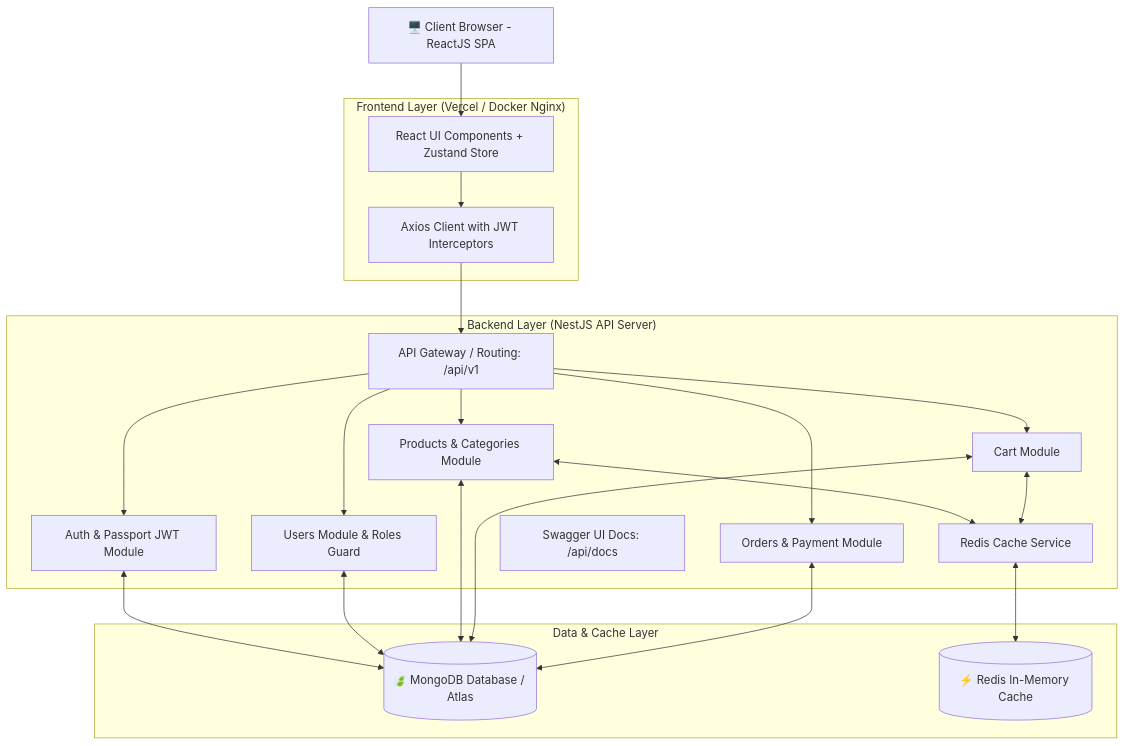
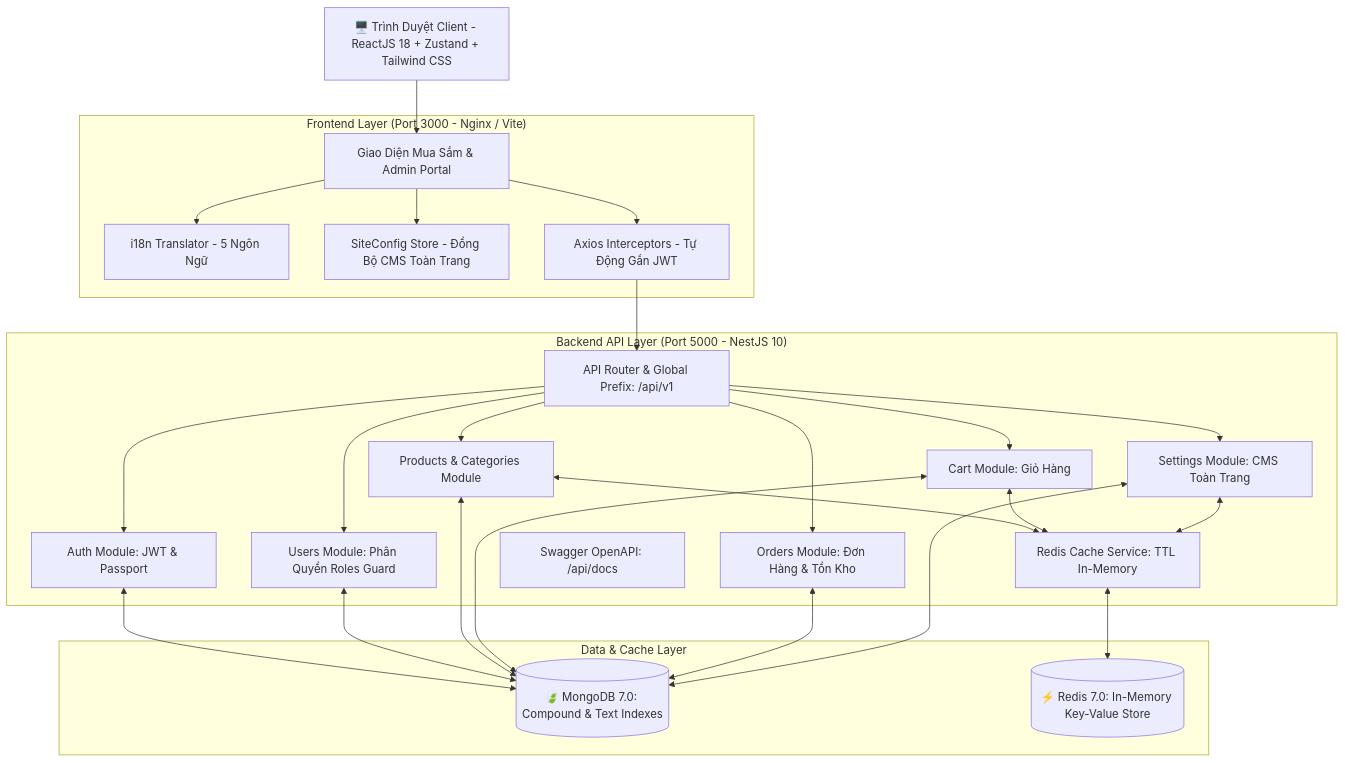
One commit to manhtuan28/AshaShop changed the first of 2 diagrams in README.md. Above: the diagram before and after it, drawn with Mermaid. The commit also changed other lines of this file and 60 other files, not shown here.

Commit message:
feat(system): full multilingual support, modular CMS studio, subcategories tree, custom product sections, database optimization and comprehensive documentation

````diff
--- a/README.md
+++ b/README.md
@@ -25,44 +62,53 @@
 ```mermaid
 graph TD
-    Client[🖥️ Client Browser - ReactJS SPA]
+    Client[🖥️ Trình Duyệt Client - ReactJS 18 + Zustand + Tailwind CSS]
     
-    subgraph "Frontend Layer (Vercel / Docker Nginx)"
-        UI[React UI Components + Zustand Store]
-        Axios[Axios Client with JWT Interceptors]
+    subgraph "Frontend Layer (Port 3000 - Nginx / Vite)"
+        UI[Giao Diện Mua Sắm & Admin Portal]
+        i18nStore[i18n Translator - 5 Ngôn Ngữ]
+        CMSStore[SiteConfig Store - Đồng Bộ CMS Toàn Trang]
+        AxiosClient[Axios Interceptors - Tự Động Gắn JWT]
     end
 
-    subgraph "Backend Layer (NestJS API Server)"
-        Gateway[API Gateway / Routing: /api/v1]
-        AuthModule[Auth & Passport JWT Module]
-        UsersModule[Users Module & Roles Guard]
+    subgraph "Backend API Layer (Port 5000 - NestJS 10)"
+        Gateway[API Router & Global Prefix: /api/v1]
+        AuthModule[Auth Module: JWT & Passport]
+        UsersModule[Users Module: Phân Quyền Roles Guard]
         ProductsModule[Products & Categories Module]
-        CartModule[Cart Module]
-        OrdersModule[Orders & Payment Module]
-        RedisService[Redis Cache Service]
-        Swagger[Swagger UI Docs: /api/docs]
+        CartModule[Cart Module: Giỏ Hàng]
+        OrdersModule[Orders Module: Đơn Hàng & Tồn Kho]
+        SettingsModule[Settings Module: CMS Toàn Trang]
+        RedisService[Redis Cache Service: TTL In-Memory]
+        SwaggerUI[Swagger OpenAPI: /api/docs]
     end
 
     subgraph "Data & Cache Layer"
-        MongoDB[(🍃 MongoDB Database / Atlas)]
-        Redis[(⚡ Redis In-Memory Cache)]
+        MongoDB[(🍃 MongoDB 7.0: Compound & Text Indexes)]
+        Redis[(⚡ Redis 7.0: In-Memory Key-Value Store)]
     end
 
     Client --> UI
-    UI --> Axios
-    Axios --> Gateway
+    UI --> i18nStore
+    UI --> CMSStore
+    UI --> AxiosClient
+    AxiosClient --> Gateway
+
     Gateway --> AuthModule
     Gateway --> UsersModule
     Gateway --> ProductsModule
     Gateway --> CartModule
     Gateway --> OrdersModule
-    
+    Gateway --> SettingsModule
+
     ProductsModule <--> RedisService
     CartModule <--> RedisService
+    SettingsModule <--> RedisService
     RedisService <--> Redis
-    
+
     AuthModule <--> MongoDB
     UsersModule <--> MongoDB
     ProductsModule <--> MongoDB
     CartModule <--> MongoDB
     OrdersModule <--> MongoDB
+    SettingsModule <--> MongoDB
 ```
````
